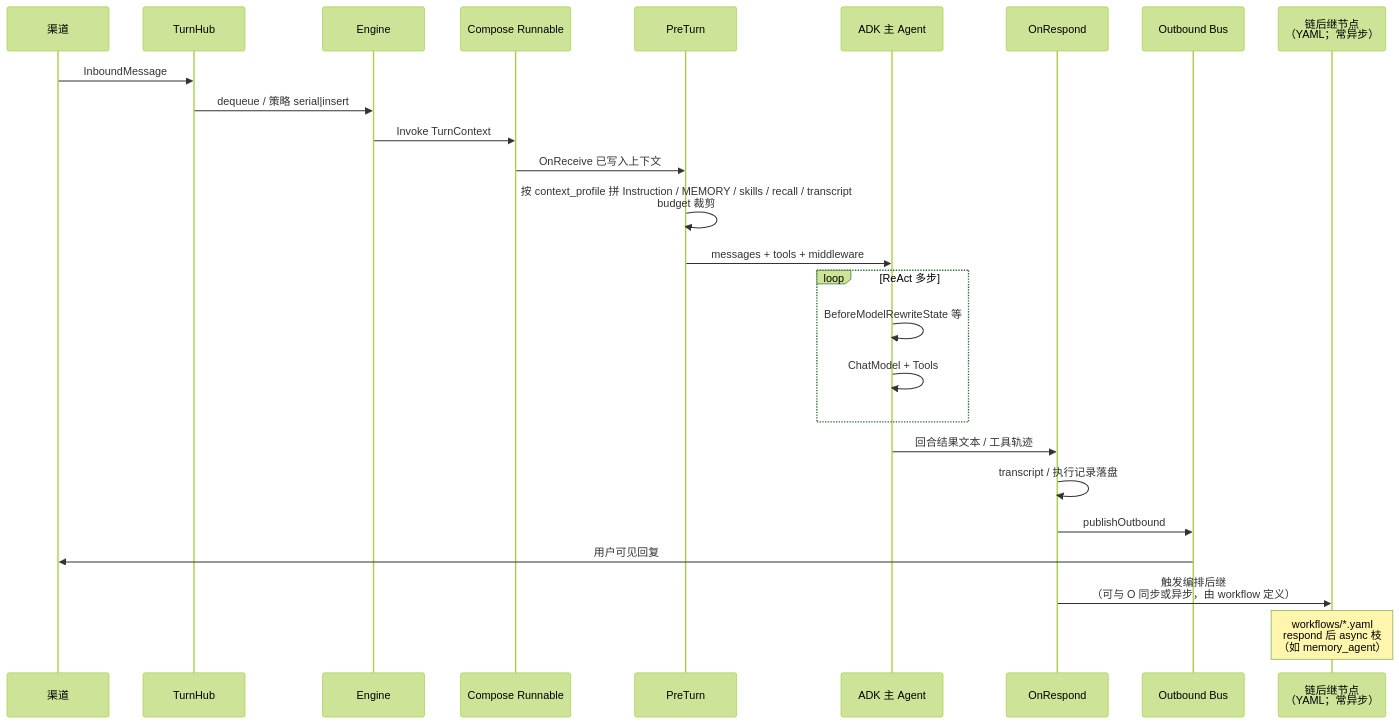
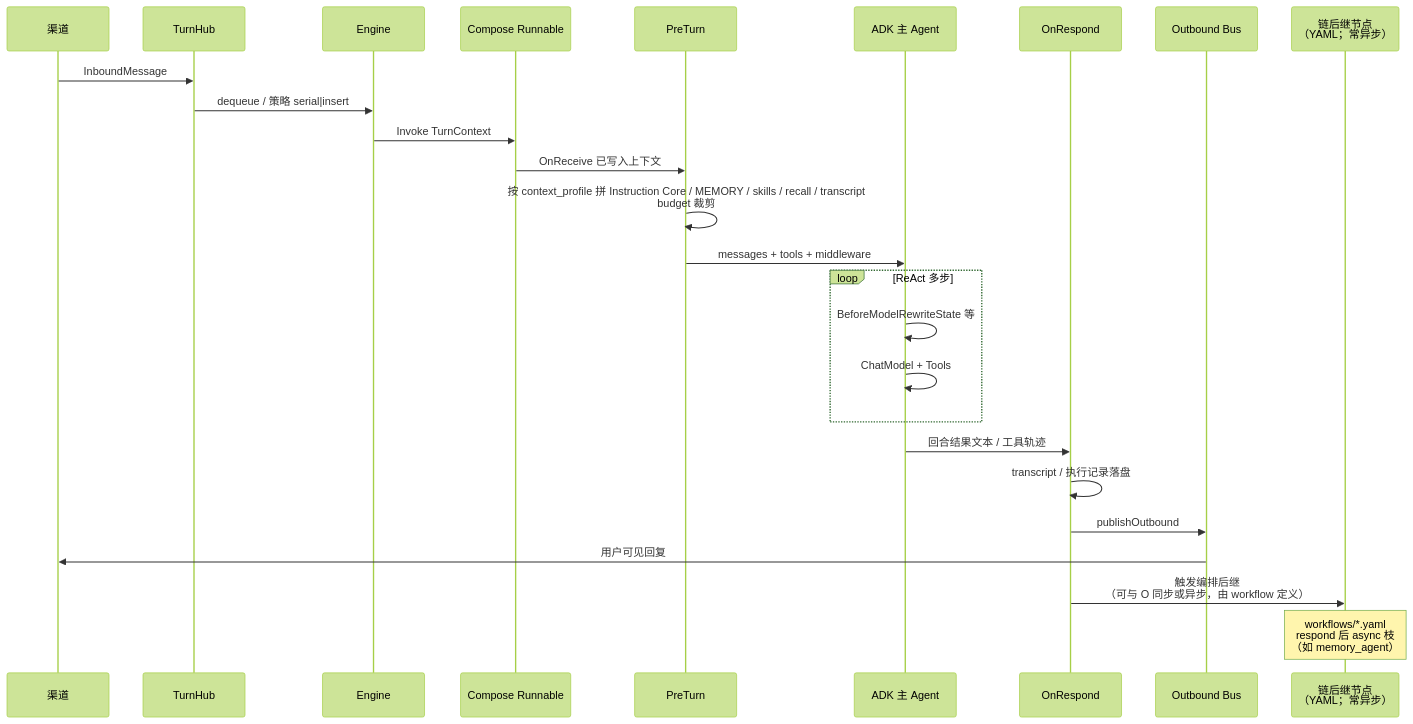
Before and after one commit to lengzhao/oneclaw: the second of 9 diagrams in docs/architecture.md, drawn with Mermaid (forest theme). The commit also changed other lines of this file and 77 other files, not shown here.

````diff
--- a/docs/architecture.md
+++ b/docs/architecture.md
@@ -80,29 +80,29 @@
 ```mermaid
 sequenceDiagram
   participant Ch as 渠道
   participant TH as TurnHub
   participant E as Engine
   participant R as Compose Runnable
   participant P as PreTurn
   participant A as ADK 主 Agent
   participant O as OnRespond
   participant Bus as Outbound Bus
   participant PT as 链后继节点<br/>（YAML；常异步）
 
   Ch->>TH: InboundMessage
   TH->>E:  dequeue / 策略 serial|insert
   E->>R: Invoke TurnContext
   R->>P: OnReceive 已写入上下文
-  P->>P: 按 context_profile 拼 Instruction / MEMORY / skills / recall / transcript<br/>budget 裁剪
+  P->>P: 按 context_profile 拼 Instruction Core / MEMORY / skills / recall / transcript<br/>budget 裁剪
   P->>A: messages + tools + middleware
   loop ReAct 多步
     A->>A: BeforeModelRewriteState 等
     A->>A: ChatModel + Tools
   end
   A->>O: 回合结果文本 / 工具轨迹
   O->>O: transcript / 执行记录落盘
   O->>Bus: publishOutbound
   Bus->>Ch: 用户可见回复
   O->>PT: 触发编排后继<br/>（可与 O 同步或异步，由 workflow 定义）
   Note over PT: workflows/*.yaml<br/>respond 后 async 枝<br/>（如 memory_agent）
 ```
````
